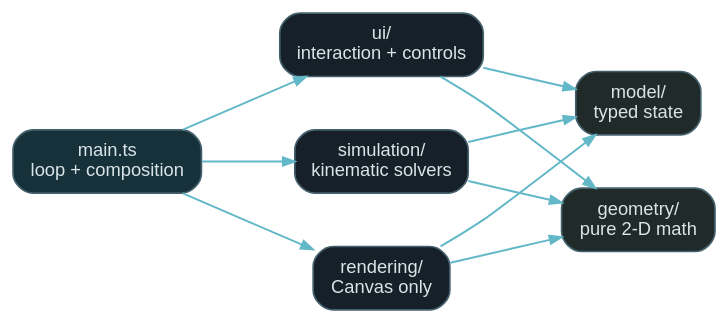
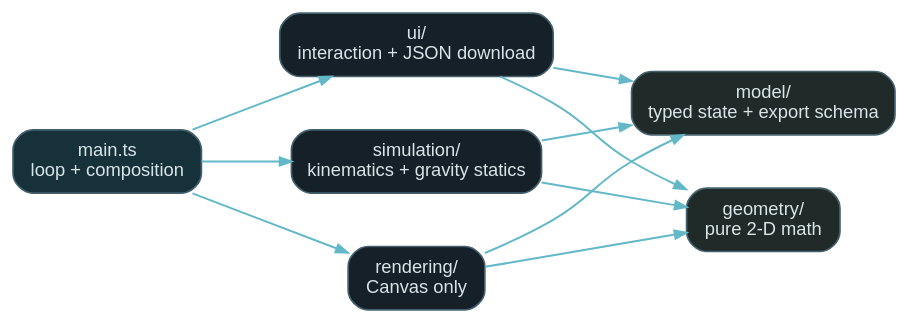
Before and after one commit to Neuro-Mechatronics-Interfaces/LinkageSimulator: the diagram in docs/architecture.dot, drawn with Graphviz. The commit also changed 8 other files, not shown here.

```diff
--- a/docs/architecture.dot
+++ b/docs/architecture.dot
@@ -1,22 +1,22 @@
 digraph LinkageSimulatorArchitecture {
   graph [rankdir=LR, bgcolor="transparent", pad="0.2", nodesep="0.45", ranksep="0.65"];
   node [shape=box, style="rounded,filled", fontname="Arial", fontsize=11, color="#45616d", fontcolor="#d9e4e8", fillcolor="#152028", margin="0.15,0.1"];
   edge [color="#63b8c8", arrowsize=0.7, penwidth=1.2];
 
   main [label="main.ts\nloop + composition", fillcolor="#17313a"];
-  ui [label="ui/\ninteraction + controls"];
-  simulation [label="simulation/\nkinematic solvers"];
+  ui [label="ui/\ninteraction + JSON download"];
+  simulation [label="simulation/\nkinematics + gravity statics"];
   rendering [label="rendering/\nCanvas only"];
-  model [label="model/\ntyped state", fillcolor="#202b29"];
+  model [label="model/\ntyped state + export schema", fillcolor="#202b29"];
   geometry [label="geometry/\npure 2-D math", fillcolor="#202b29"];
 
   main -> ui;
   main -> simulation;
   main -> rendering;
   ui -> model;
   ui -> geometry;
   simulation -> model;
   simulation -> geometry;
   rendering -> model;
   rendering -> geometry;
 }
```
